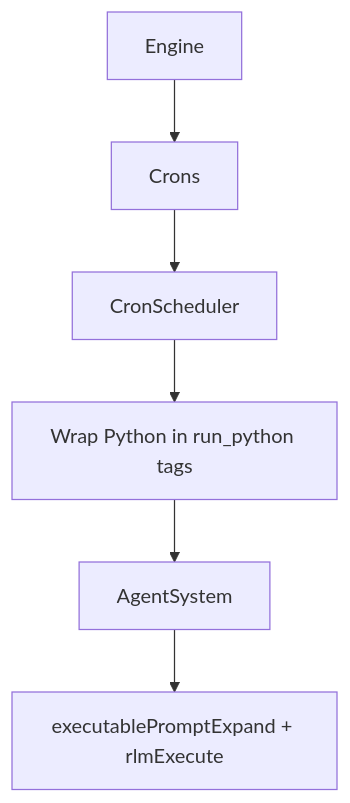
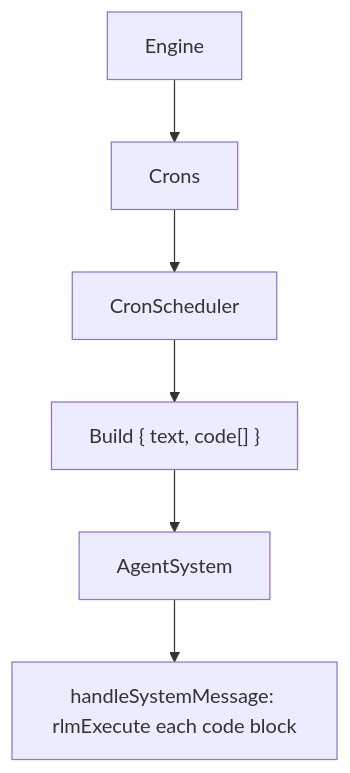
One commit to ex3ndr/daycare changed the diagram in doc/concepts/cron.md. Above: the diagram before and after it, drawn with Mermaid. The commit also changed other lines of this file and 32 other files, not shown here.

First line of the commit message:
feat(heartbeat,cron): execute Python code blocks directly via rlmExecute

````diff
--- a/doc/concepts/cron.md
+++ b/doc/concepts/cron.md
@@ -40,8 +40,8 @@
 ```mermaid
 flowchart TD
   Engine --> Crons
   Crons --> Scheduler[CronScheduler]
-  Scheduler --> Wrap[Wrap Python in run_python tags]
-  Wrap --> AgentSystem
-  AgentSystem --> RLM[executablePromptExpand + rlmExecute]
+  Scheduler --> Build["Build { text, code[] }"]
+  Build --> AgentSystem
+  AgentSystem --> RLM["handleSystemMessage: rlmExecute each code block"]
 ```
````
